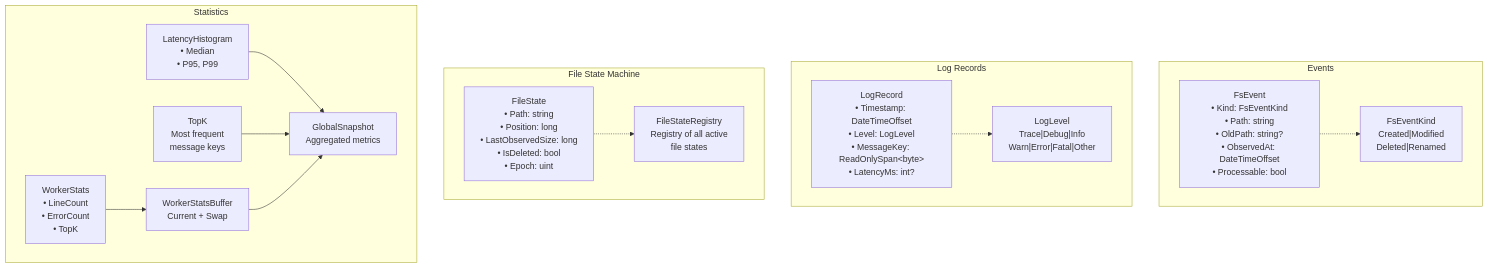
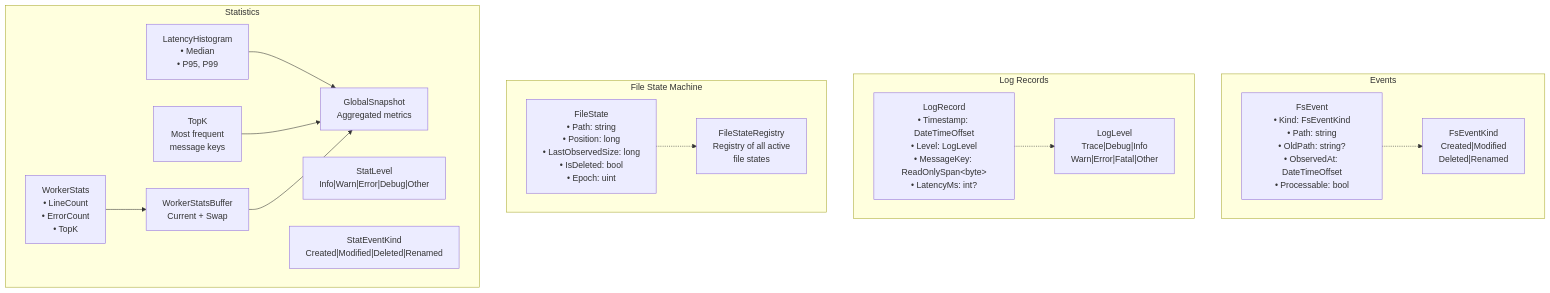
One commit to jvspeed74/LogWatcher changed the third of 8 diagrams in docs/system_diagram.md. Above: the diagram before and after it, drawn with Mermaid. The commit also changed other lines of this file and 1 other file, not shown here.

First line of the commit message:
Update README and system_diagram to reflect Statistics Collection boundary fix

````diff
--- a/docs/system_diagram.md
+++ b/docs/system_diagram.md
@@ -152,34 +153,36 @@
 ```mermaid
 graph TB
     subgraph Events["Events"]
         FEV["FsEvent<br/>• Kind: FsEventKind<br/>• Path: string<br/>• OldPath: string?<br/>• ObservedAt: DateTimeOffset<br/>• Processable: bool"]
         FEVK["FsEventKind<br/>Created|Modified<br/>Deleted|Renamed"]
     end
 
     subgraph Records["Log Records"]
         LOGR["LogRecord<br/>• Timestamp: DateTimeOffset<br/>• Level: LogLevel<br/>• MessageKey: ReadOnlySpan&lt;byte&gt;<br/>• LatencyMs: int?"]
         LOGLVL["LogLevel<br/>Trace|Debug|Info<br/>Warn|Error|Fatal|Other"]
     end
 
     subgraph FileState["File State Machine"]
         FSTATE["FileState<br/>• Path: string<br/>• Position: long<br/>• LastObservedSize: long<br/>• IsDeleted: bool<br/>• Epoch: uint"]
         FSREG["FileStateRegistry<br/>Registry of all active<br/>file states"]
     end
 
     subgraph Stats["Statistics"]
         WS["WorkerStats<br/>• LineCount<br/>• ErrorCount<br/>• TopK"]
         WSB["WorkerStatsBuffer<br/>Current + Swap"]
         LH["LatencyHistogram<br/>• Median<br/>• P95, P99"]
         TK["TopK<br/>Most frequent<br/>message keys"]
         GS["GlobalSnapshot<br/>Aggregated metrics"]
+        SL["StatLevel<br/>Info|Warn|Error|Debug|Other"]
+        SEK["StatEventKind<br/>Created|Modified|Deleted|Renamed"]
     end
 
     FEV -.-> FEVK
     LOGR -.-> LOGLVL
     FSTATE -.-> FSREG
     WS --> WSB
     LH --> GS
     TK --> GS
     WSB --> GS
 
 ```
````
